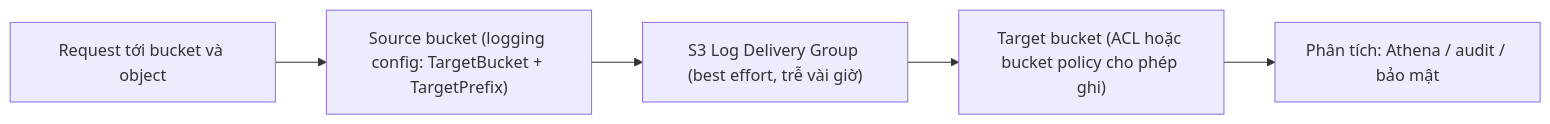
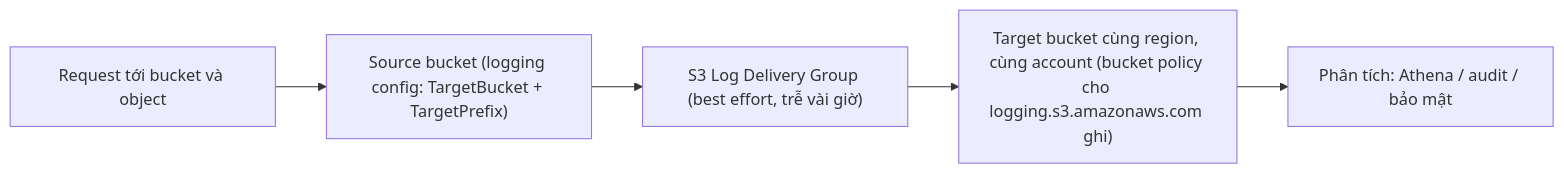
One commit to hairbui76/aws-saa-c03 changed the diagram in data/05 S3/S3 Access Logs.md. Above: the diagram before and after it, drawn with Mermaid. The commit also changed other lines of this file and 68 other files, not shown here.

````diff
--- a/data/05 S3/S3 Access Logs.md
+++ b/data/05 S3/S3 Access Logs.md
@@ -37,7 +38,7 @@
 ```mermaid
 flowchart LR
   R["Request tới bucket và object"] --> S["Source bucket (logging config: TargetBucket + TargetPrefix)"]
   S --> G["S3 Log Delivery Group (best effort, trễ vài giờ)"]
-  G --> T["Target bucket (ACL hoặc bucket policy cho phép ghi)"]
+  G --> T["Target bucket cùng region, cùng account (bucket policy cho logging.s3.amazonaws.com ghi)"]
   T --> A["Phân tích: Athena / audit / bảo mật"]
 ```
````
